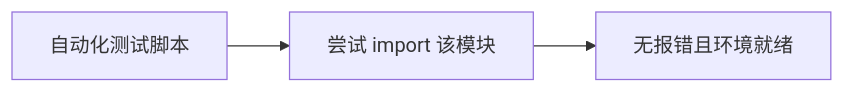
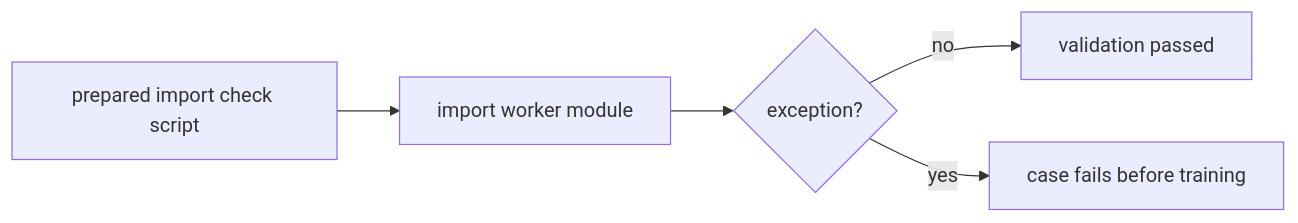
Before and after one commit to EvihGraphics/AnimationTech-HTC: diagram 12 of 12 in docs/blog/AnimationPapers/real_time_planning_multiprocess_func/README.md, drawn with Mermaid. The commit also changed other lines of this file and 6 other files, not shown here.

````diff
--- a/docs/blog/AnimationPapers/real_time_planning_multiprocess_func/README.md
+++ b/docs/blog/AnimationPapers/real_time_planning_multiprocess_func/README.md
@@ -153,5 +215,7 @@
 ```mermaid
 flowchart LR
-    A[自动化测试脚本] --> B[尝试 import 该模块]
-    B --> C[无报错且环境就绪]
+    A[prepared import check script] --> B[import worker module]
+    B --> C{exception?}
+    C -->|no| D[validation passed]
+    C -->|yes| E[case fails before training]
 ```
````
